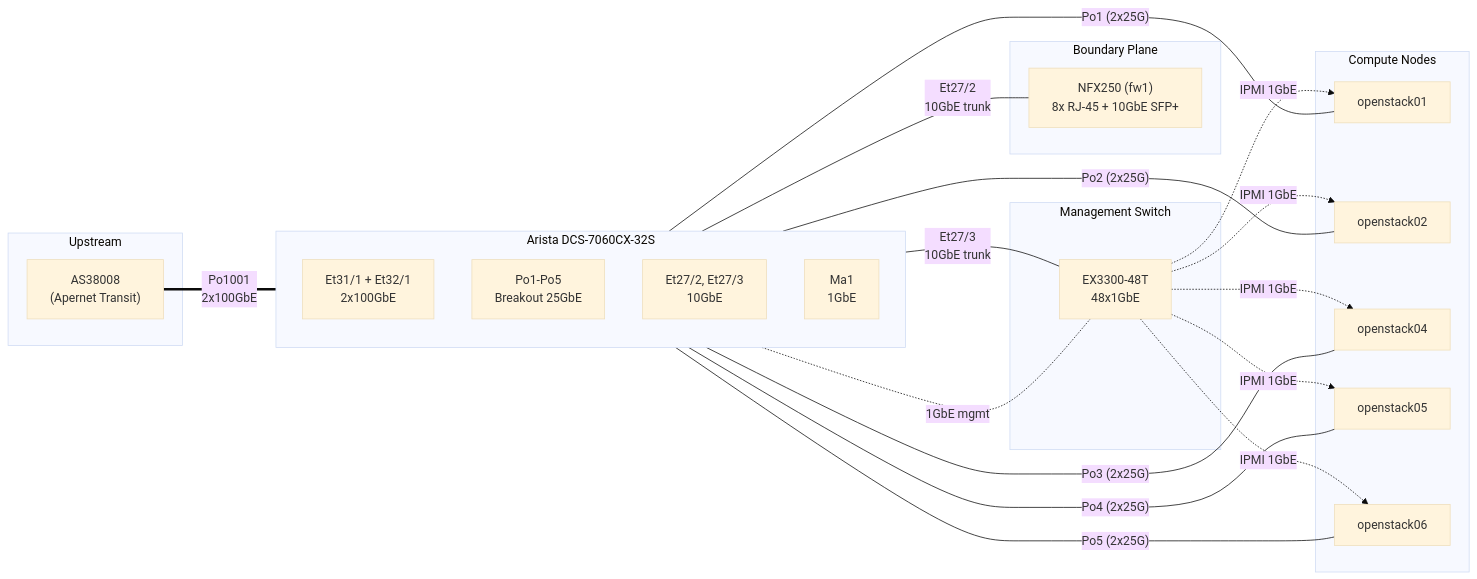
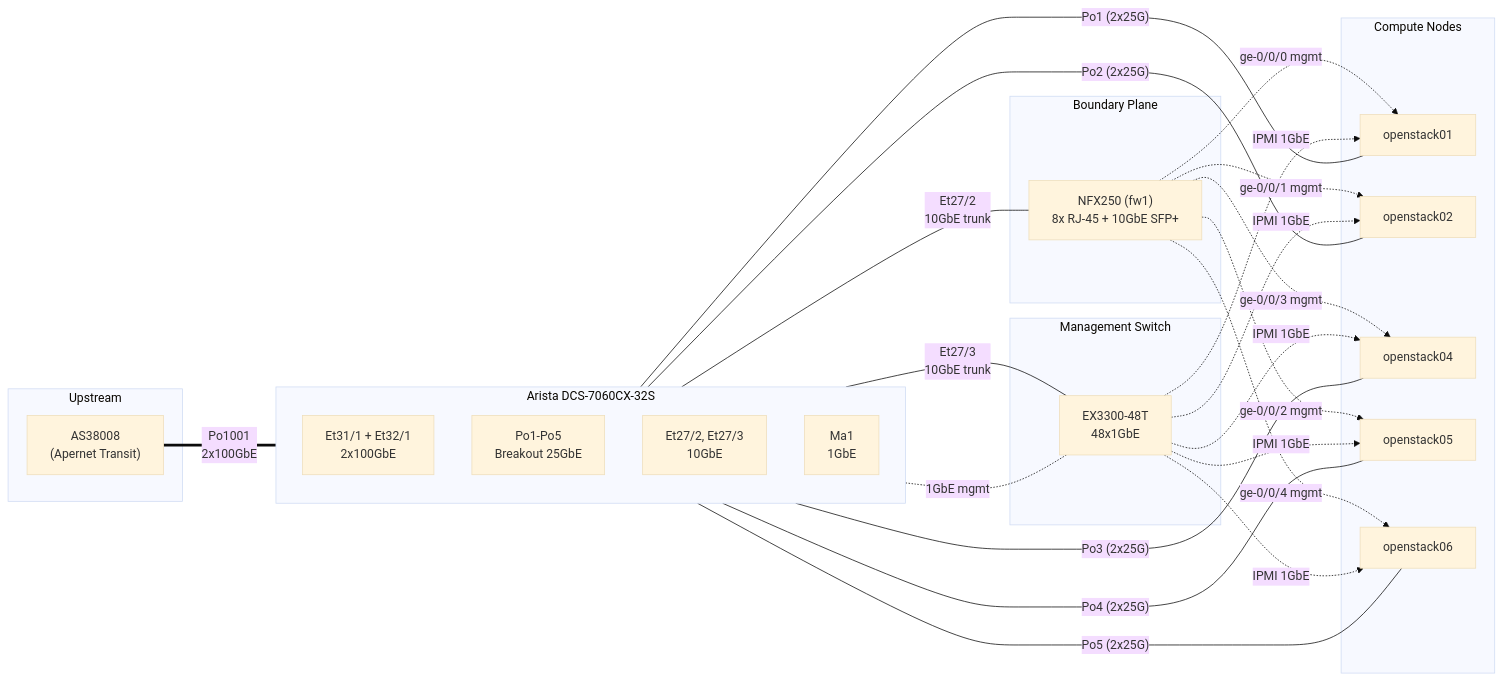
The diagram in docs/architecture/network/physical-topology.md (cloud-native-taiwan/Infra-Labs-Docs), drawn with Mermaid (base theme) before and after one commit. The commit also changed other lines of this file and 1 other file, not shown here.

First line of the commit message:
docs: update NFX250 port assignments and mgmt topology diagram

````diff
--- a/docs/architecture/network/physical-topology.md
+++ b/docs/architecture/network/physical-topology.md
@@ -99,48 +100,54 @@
 ```mermaid
 graph LR
     subgraph Upstream
         AS38008["AS38008<br/>(Apernet Transit)"]
     end
 
     subgraph Core["Arista DCS-7060CX-32S"]
         direction TB
         Et31_32["Et31/1 + Et32/1<br/>2x100GbE"]
         PoGroup["Po1-Po5<br/>Breakout 25GbE"]
         Et27["Et27/2, Et27/3<br/>10GbE"]
         Ma1_port["Ma1<br/>1GbE"]
     end
 
     subgraph Boundary["Boundary Plane"]
         NFX1["NFX250 (fw1)<br/>8x RJ-45 + 10GbE SFP+"]
     end
 
     subgraph MgmtSwitch["Management Switch"]
         EX3300["EX3300-48T<br/>48x1GbE"]
     end
 
     subgraph Servers["Compute Nodes"]
         OS01["openstack01"]
         OS02["openstack02"]
         OS04["openstack04"]
         OS05["openstack05"]
         OS06["openstack06"]
     end
 
     AS38008 === |"Po1001<br/>2x100GbE"| Et31_32
 
     PoGroup --- |"Po1 (2x25G)"| OS01
     PoGroup --- |"Po2 (2x25G)"| OS02
     PoGroup --- |"Po3 (2x25G)"| OS04
     PoGroup --- |"Po4 (2x25G)"| OS05
     PoGroup --- |"Po5 (2x25G)"| OS06
 
     Et27 --- |"Et27/2<br/>10GbE trunk"| NFX1
     Et27 --- |"Et27/3<br/>10GbE trunk"| EX3300
     Ma1_port -.- |"1GbE mgmt"| EX3300
 
+    NFX1 -. "ge-0/0/0 mgmt" .-> OS01
+    NFX1 -. "ge-0/0/1 mgmt" .-> OS02
+    NFX1 -. "ge-0/0/3 mgmt" .-> OS04
+    NFX1 -. "ge-0/0/2 mgmt" .-> OS05
+    NFX1 -. "ge-0/0/4 mgmt" .-> OS06
+
     EX3300 -. "IPMI 1GbE" .-> OS01
     EX3300 -. "IPMI 1GbE" .-> OS02
     EX3300 -. "IPMI 1GbE" .-> OS04
     EX3300 -. "IPMI 1GbE" .-> OS05
     EX3300 -. "IPMI 1GbE" .-> OS06
 ```
````
